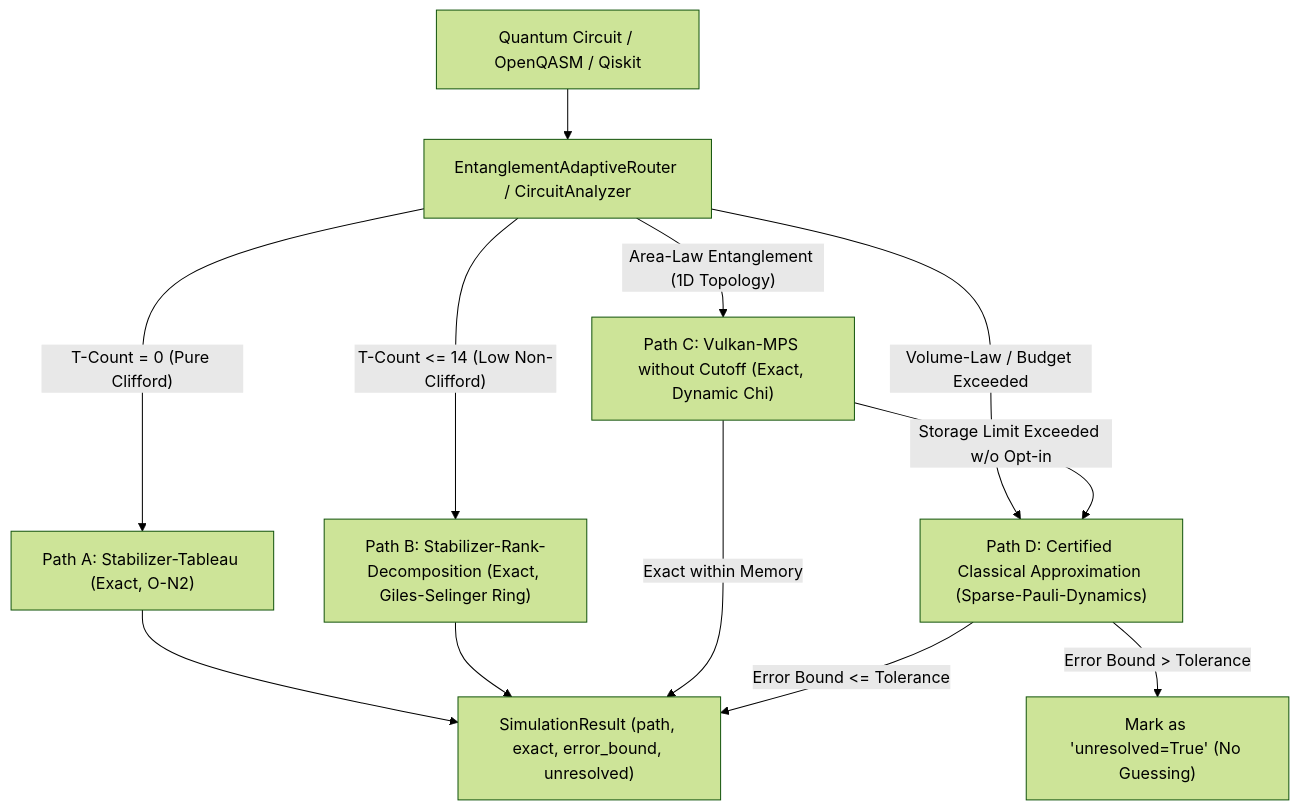
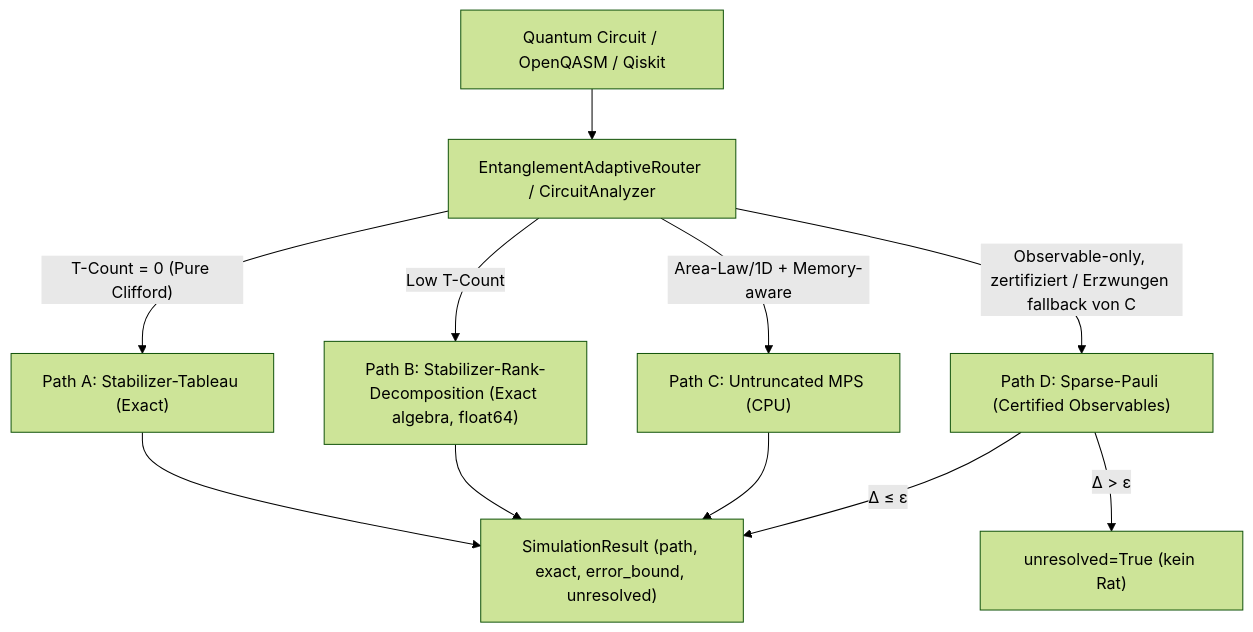
Before and after one commit to timfromhcs/CQ-HECS: the diagram in README.md, drawn with Mermaid (forest theme). The commit also changed other lines of this file and 4 other files, not shown here.

````diff
--- a/README.md
+++ b/README.md
@@ -46,15 +45,14 @@
 ```mermaid
 flowchart TD
     A["Quantum Circuit / OpenQASM / Qiskit"] --> B["EntanglementAdaptiveRouter / CircuitAnalyzer"]
-    B -->|"T-Count = 0 (Pure Clifford)"| PathA["Path A: Stabilizer-Tableau (Exact, O-N2)"]
-    B -->|"T-Count <= 14 (Low Non-Clifford)"| PathB["Path B: Stabilizer-Rank-Decomposition (Exact, Giles-Selinger Ring)"]
-    B -->|"Area-Law Entanglement (1D Topology)"| PathC["Path C: Vulkan-MPS without Cutoff (Exact, Dynamic Chi)"]
-    B -->|"Volume-Law / Budget Exceeded"| PathD["Path D: Certified Classical Approximation (Sparse-Pauli-Dynamics)"]
+    B -->|"T-Count = 0 (Pure Clifford)"| PathA["Path A: Stabilizer-Tableau (Exact)"]
+    B -->|"Low T-Count"| PathB["Path B: Stabilizer-Rank-Decomposition (Exact algebra, float64)"]
+    B -->|"Area-Law/1D + Memory-aware"| PathC["Path C: Untruncated MPS (CPU)"]
+    B -->|"Observable-only, zertifiziert / Erzwungen fallback von C"| PathD["Path D: Sparse-Pauli (Certified Observables)"]
 
     PathA --> R["SimulationResult (path, exact, error_bound, unresolved)"]
     PathB --> R
-    PathC -->|"Storage Limit Exceeded w/o Opt-in"| PathD
-    PathC -->|"Exact within Memory"| R
-    PathD -->|"Error Bound <= Tolerance"| R
-    PathD -->|"Error Bound > Tolerance"| U["Mark as 'unresolved=True' (No Guessing)"]
+    PathC --> R
+    PathD -->|"Δ > ε"| U["unresolved=True (kein Rat)"]
+    PathD -->|"Δ ≤ ε"| R
 ```
````
